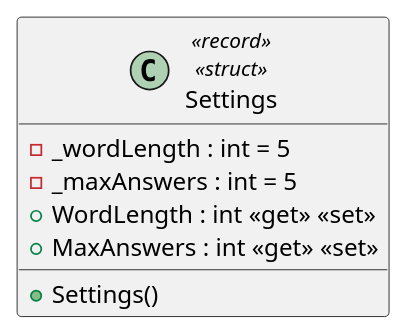
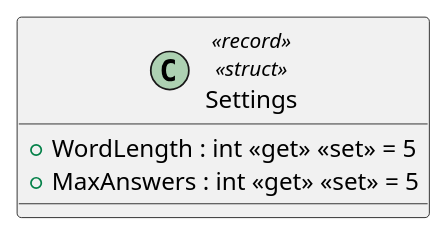
The diagram in PlantUML/Model/Settings.puml (Caellian/UNIRI_OP_project), drawn with PlantUML before and after one commit. The commit also changed 17 other files, not shown here.

```diff
--- a/PlantUML/Model/Settings.puml
+++ b/PlantUML/Model/Settings.puml
@@ -1,9 +1,6 @@
 @startuml
 class Settings <<record>> <<struct>> {
-    - _wordLength : int = 5
-    - _maxAnswers : int = 5
-    + WordLength : int <<get>> <<set>>
-    + MaxAnswers : int <<get>> <<set>>
-    + Settings()
+    + WordLength : int <<get>> <<set>> = 5
+    + MaxAnswers : int <<get>> <<set>> = 5
 }
 @enduml
```
